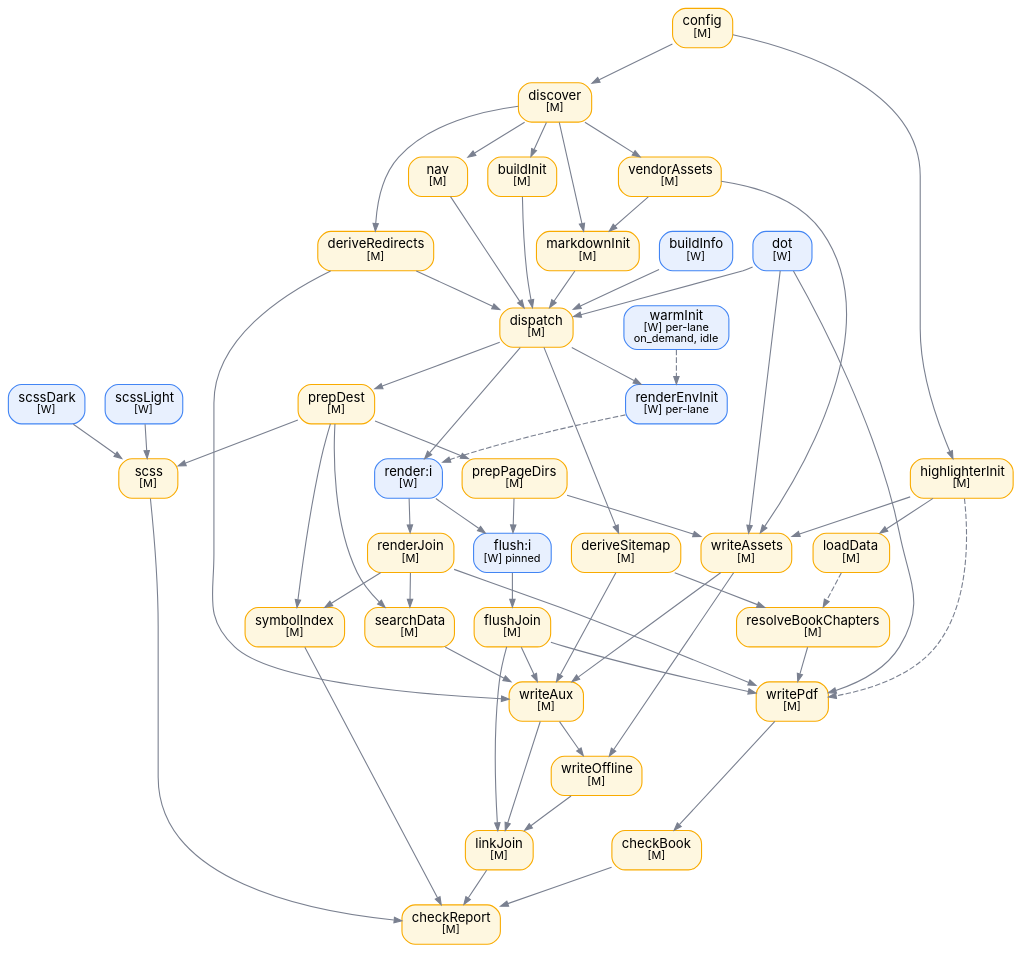
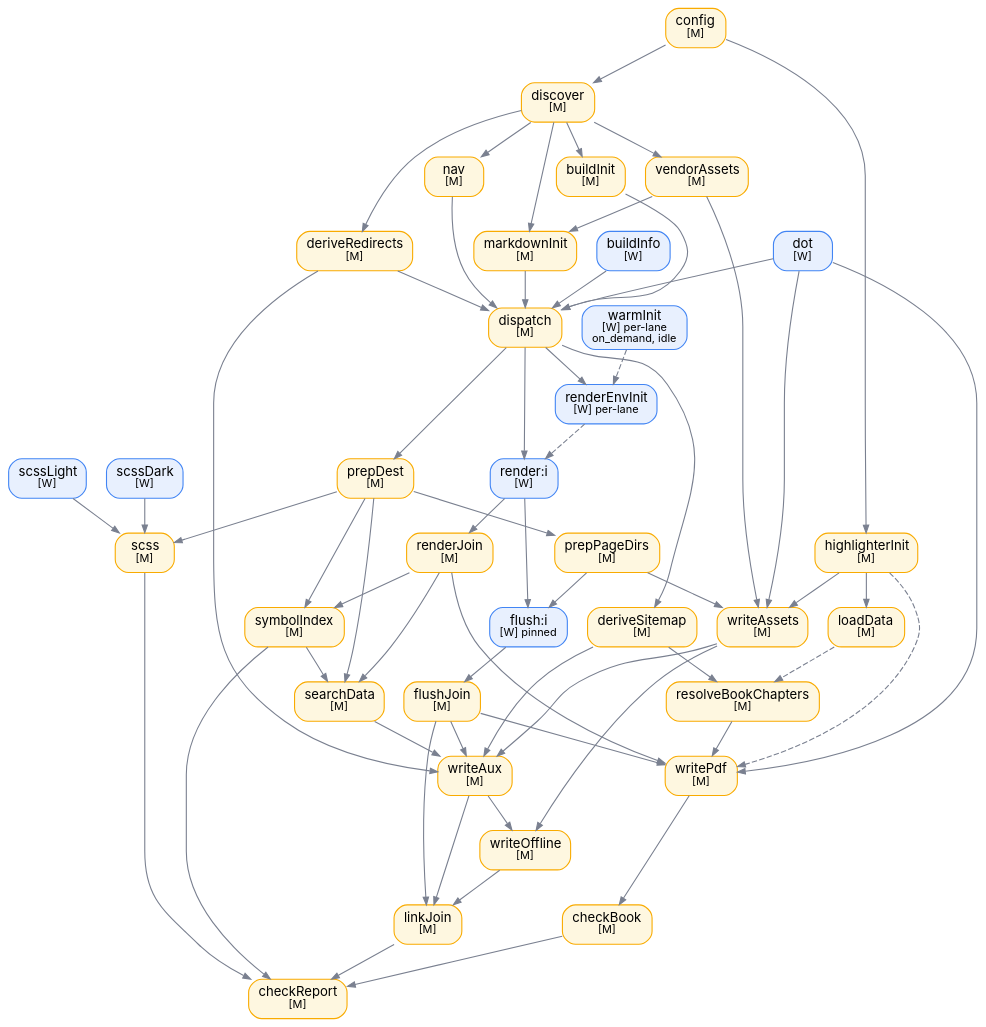
One commit to twinbasic/documentation changed the diagram in docs/assets/images/dot/scheduler-dag.dot. Above: the diagram before and after it, drawn with Graphviz. The commit also changed 12 other files, not shown here.

```diff
--- a/docs/assets/images/dot/scheduler-dag.dot
+++ b/docs/assets/images/dot/scheduler-dag.dot
@@ -1,148 +1,149 @@
 // Task DAG of the SAB pull scheduler. See docs/Documentation/Builder.md.
 
 digraph scheduler {
     rankdir=TB
     bgcolor="transparent"
     nodesep=0.25
     ranksep=0.45
     splines=true
 
     node [
         shape=box
         style="rounded,filled"
         fontname="Inter,system-ui,-apple-system,Segoe UI,sans-serif"
         fontsize=12
         margin="0.12,0.06"
     ]
     edge [
         color="#7a8090"
         fontname="Inter,system-ui,-apple-system,Segoe UI,sans-serif"
         fontsize=10
         arrowsize=0.7
     ]
     graph [
         margin=0
     ]
 
     // ── Colour scheme ───────────────────────────────────────────────────
     // [M] main thread → fef7e0 fill / f9ab00 stroke
     // [W] worker      → e8f0fe fill / 4285f4 stroke
 
     // ── Nodes ───────────────────────────────────────────────────────────
 
     CF  [label=<config<BR/><FONT POINT-SIZE="10">[M]</FONT>>,             fillcolor="#fef7e0", color="#f9ab00"]
     BI  [label=<buildInfo<BR/><FONT POINT-SIZE="10">[W]</FONT>>,          fillcolor="#e8f0fe", color="#4285f4"]
     SL  [label=<scssLight<BR/><FONT POINT-SIZE="10">[W]</FONT>>,          fillcolor="#e8f0fe", color="#4285f4"]
     SD  [label=<scssDark<BR/><FONT POINT-SIZE="10">[W]</FONT>>,           fillcolor="#e8f0fe", color="#4285f4"]
     HI  [label=<highlighterInit<BR/><FONT POINT-SIZE="10">[M]</FONT>>,    fillcolor="#fef7e0", color="#f9ab00"]
     LD  [label=<loadData<BR/><FONT POINT-SIZE="10">[M]</FONT>>,           fillcolor="#fef7e0", color="#f9ab00"]
     WI  [label=<warmInit<BR/><FONT POINT-SIZE="10">[W] per-lane<BR/>on_demand, idle</FONT>>, fillcolor="#e8f0fe", color="#4285f4"]
 
     DI  [label=<discover<BR/><FONT POINT-SIZE="10">[M]</FONT>>,           fillcolor="#fef7e0", color="#f9ab00"]
     VA  [label=<vendorAssets<BR/><FONT POINT-SIZE="10">[M]</FONT>>,       fillcolor="#fef7e0", color="#f9ab00"]
     NV  [label=<nav<BR/><FONT POINT-SIZE="10">[M]</FONT>>,                fillcolor="#fef7e0", color="#f9ab00"]
     BU  [label=<buildInit<BR/><FONT POINT-SIZE="10">[M]</FONT>>,          fillcolor="#fef7e0", color="#f9ab00"]
     MI  [label=<markdownInit<BR/><FONT POINT-SIZE="10">[M]</FONT>>,       fillcolor="#fef7e0", color="#f9ab00"]
     DR  [label=<deriveRedirects<BR/><FONT POINT-SIZE="10">[M]</FONT>>,    fillcolor="#fef7e0", color="#f9ab00"]
     DT  [label=<dot<BR/><FONT POINT-SIZE="10">[W]</FONT>>,                fillcolor="#e8f0fe", color="#4285f4"]
     DSi [label=<deriveSitemap<BR/><FONT POINT-SIZE="10">[M]</FONT>>,      fillcolor="#fef7e0", color="#f9ab00"]
     RBC [label=<resolveBookChapters<BR/><FONT POINT-SIZE="10">[M]</FONT>>, fillcolor="#fef7e0", color="#f9ab00"]
 
     DP  [label=<dispatch<BR/><FONT POINT-SIZE="10">[M]</FONT>>,           fillcolor="#fef7e0", color="#f9ab00"]
     PD  [label=<prepDest<BR/><FONT POINT-SIZE="10">[M]</FONT>>,           fillcolor="#fef7e0", color="#f9ab00"]
     PPD [label=<prepPageDirs<BR/><FONT POINT-SIZE="10">[M]</FONT>>,       fillcolor="#fef7e0", color="#f9ab00"]
     REI [label=<renderEnvInit<BR/><FONT POINT-SIZE="10">[W] per-lane</FONT>>, fillcolor="#e8f0fe", color="#4285f4"]
     Ri  [label=<render:i<BR/><FONT POINT-SIZE="10">[W]</FONT>>,           fillcolor="#e8f0fe", color="#4285f4"]
     RJ  [label=<renderJoin<BR/><FONT POINT-SIZE="10">[M]</FONT>>,         fillcolor="#fef7e0", color="#f9ab00"]
 
     SCSS [label=<scss<BR/><FONT POINT-SIZE="10">[M]</FONT>>,              fillcolor="#fef7e0", color="#f9ab00"]
     Fi   [label=<flush:i<BR/><FONT POINT-SIZE="10">[W] pinned</FONT>>,    fillcolor="#e8f0fe", color="#4285f4"]
     FJ   [label=<flushJoin<BR/><FONT POINT-SIZE="10">[M]</FONT>>,         fillcolor="#fef7e0", color="#f9ab00"]
     WA   [label=<writeAssets<BR/><FONT POINT-SIZE="10">[M]</FONT>>,       fillcolor="#fef7e0", color="#f9ab00"]
     SDt  [label=<searchData<BR/><FONT POINT-SIZE="10">[M]</FONT>>,        fillcolor="#fef7e0", color="#f9ab00"]
     SYM  [label=<symbolIndex<BR/><FONT POINT-SIZE="10">[M]</FONT>>,       fillcolor="#fef7e0", color="#f9ab00"]
     WX   [label=<writeAux<BR/><FONT POINT-SIZE="10">[M]</FONT>>,          fillcolor="#fef7e0", color="#f9ab00"]
     WO   [label=<writeOffline<BR/><FONT POINT-SIZE="10">[M]</FONT>>,      fillcolor="#fef7e0", color="#f9ab00"]
     WP   [label=<writePdf<BR/><FONT POINT-SIZE="10">[M]</FONT>>,          fillcolor="#fef7e0", color="#f9ab00"]
 
     LJ   [label=<linkJoin<BR/><FONT POINT-SIZE="10">[M]</FONT>>,          fillcolor="#fef7e0", color="#f9ab00"]
     CB   [label=<checkBook<BR/><FONT POINT-SIZE="10">[M]</FONT>>,         fillcolor="#fef7e0", color="#f9ab00"]
     CR   [label=<checkReport<BR/><FONT POINT-SIZE="10">[M]</FONT>>,       fillcolor="#fef7e0", color="#f9ab00"]
 
     // ── Edges ───────────────────────────────────────────────────────────
 
     CF -> DI
     CF -> HI
     HI -> LD
     DI -> NV
     DI -> BU
     DI -> MI
     DI -> DR
     DI -> VA
     VA -> MI
 
     NV -> DP
     BU -> DP
     BI -> DP
     DT -> DP
     DR -> DP
     MI -> DP
 
     DP -> PD
     DP -> DSi
     DP -> REI
     DP -> Ri
 
     PD -> PPD
     PD -> SCSS
     SL -> SCSS
     SD -> SCSS
 
     DSi -> RBC
     LD  -> RBC [style=dashed]
 
     WI  -> REI [style=dashed]
     REI -> Ri  [style=dashed]
 
     Ri  -> Fi
     Ri  -> RJ
     PPD -> Fi
     Fi  -> FJ
 
     DT  -> WA
     PPD -> WA
     HI  -> WA
     VA  -> WA
 
     RJ -> SDt
     PD -> SDt
 
     RJ -> SYM
     PD -> SYM
+    SYM -> SDt
 
     WA  -> WX
     SDt -> WX
     FJ  -> WX
     DR  -> WX
     DSi -> WX
 
     WX -> WO
     WA -> WO
 
     FJ  -> WP
     RJ  -> WP
     DT  -> WP
     RBC -> WP
     HI  -> WP [style=dashed]
 
     FJ -> LJ
     WX -> LJ
     WO -> LJ
 
     WP -> CB
 
     LJ   -> CR
     CB   -> CR
     SCSS -> CR
     SYM  -> CR
 }
```
